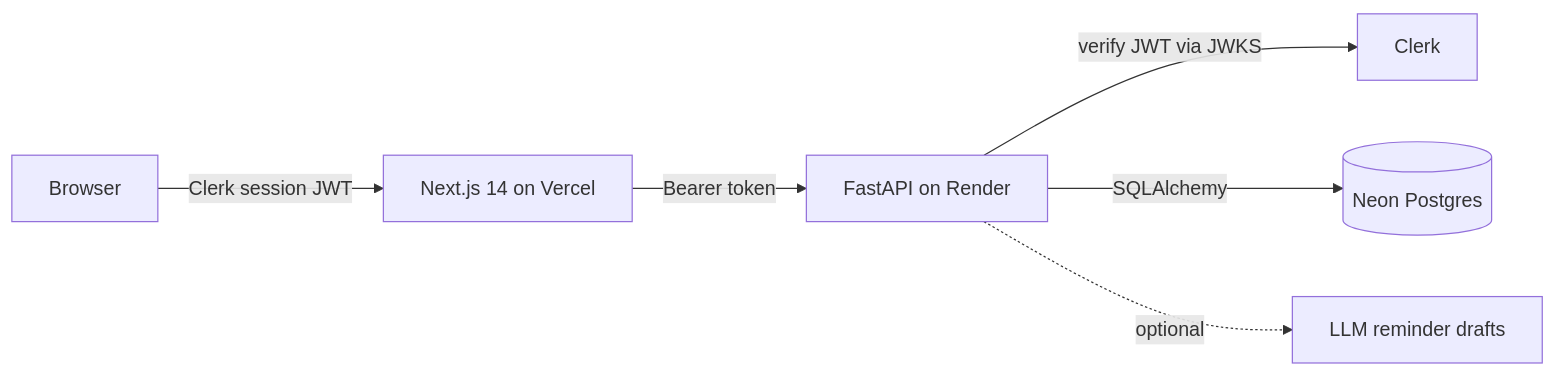
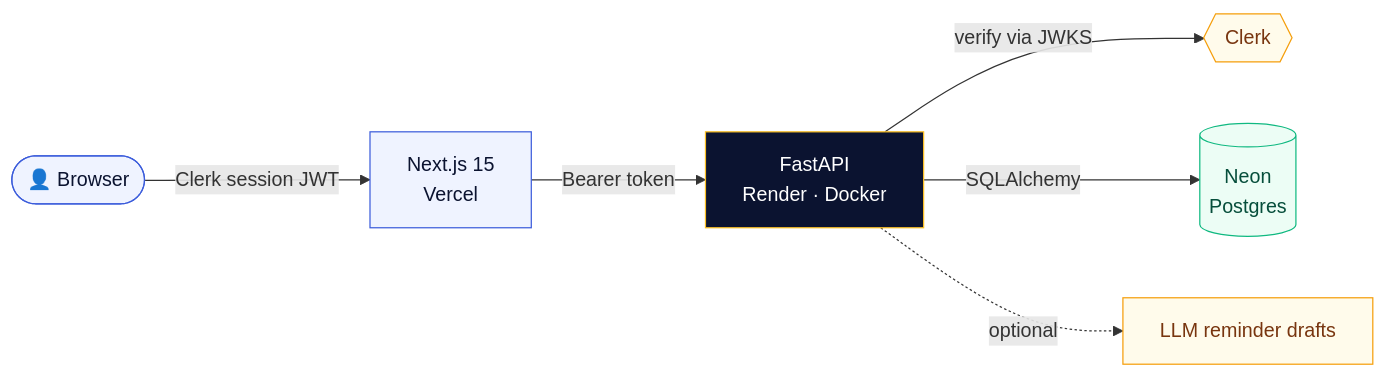
Before and after one commit to adityaagrawall/udhaar-ledger: the diagram in README.md, drawn with Mermaid. The commit also changed other lines of this file and 14 other files, not shown here.

First line of the commit message:
Redesign README with a problem-first story, diagrams and live screenshots

````diff
--- a/README.md
+++ b/README.md
@@ -40,8 +175,17 @@
 ```mermaid
 flowchart LR
-  U[Browser] -->|Clerk session JWT| FE[Next.js 14 on Vercel]
-  FE -->|Bearer token| API[FastAPI on Render]
-  API -->|verify JWT via JWKS| CL[Clerk]
-  API -->|SQLAlchemy| DB[(Neon Postgres)]
+  U([👤 Browser]) -->|Clerk session JWT| FE[Next.js 15<br/>Vercel]
+  FE -->|Bearer token| API[FastAPI<br/>Render · Docker]
+  API -->|verify via JWKS| CL{{Clerk}}
+  API -->|SQLAlchemy| DB[(Neon<br/>Postgres)]
   API -.->|optional| LLM[LLM reminder drafts]
+
+  classDef edge fill:#EFF3FF,stroke:#3B5CDB,color:#0B1330;
+  classDef core fill:#0B1330,stroke:#FBBF24,color:#fff;
+  classDef data fill:#ECFDF5,stroke:#10B981,color:#064E3B;
+  classDef ext fill:#FFFBEB,stroke:#F59E0B,color:#78350F;
+  class U,FE edge
+  class API core
+  class DB data
+  class CL,LLM ext
 ```
````
